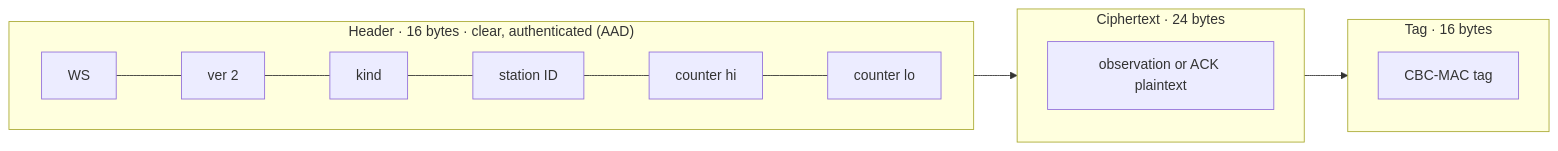
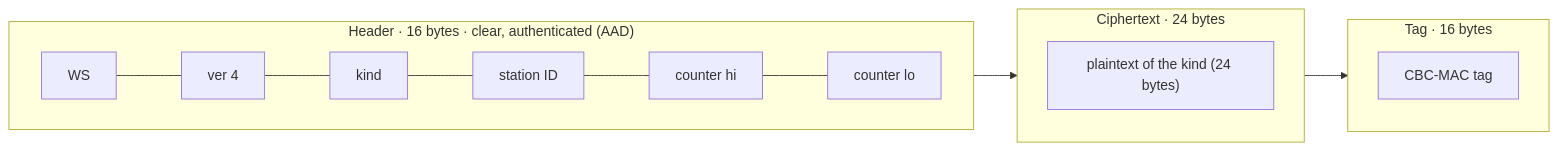
The fifth of 11 diagrams in docs/protocol-stack.md (clintecker/weather-station-2026), drawn with Mermaid before and after one commit. The commit also changed other lines of this file and 29 other files, not shown here.

````diff
--- a/docs/protocol-stack.md
+++ b/docs/protocol-stack.md
@@ -321,14 +326,14 @@
 ```mermaid
 flowchart LR
   subgraph HDR["Header · 16 bytes · clear, authenticated (AAD)"]
     direction LR
-    h1["WS"] --- h2["ver 2"] --- h3["kind"] --- h4["station ID"] --- h5["counter hi"] --- h6["counter lo"]
+    h1["WS"] --- h2["ver 4"] --- h3["kind"] --- h4["station ID"] --- h5["counter hi"] --- h6["counter lo"]
   end
   subgraph CT["Ciphertext · 24 bytes"]
-    c1["observation or ACK plaintext"]
+    c1["plaintext of the kind (24 bytes)"]
   end
   subgraph TAG["Tag · 16 bytes"]
     t1["CBC-MAC tag"]
   end
   HDR --> CT --> TAG
 ```
````
